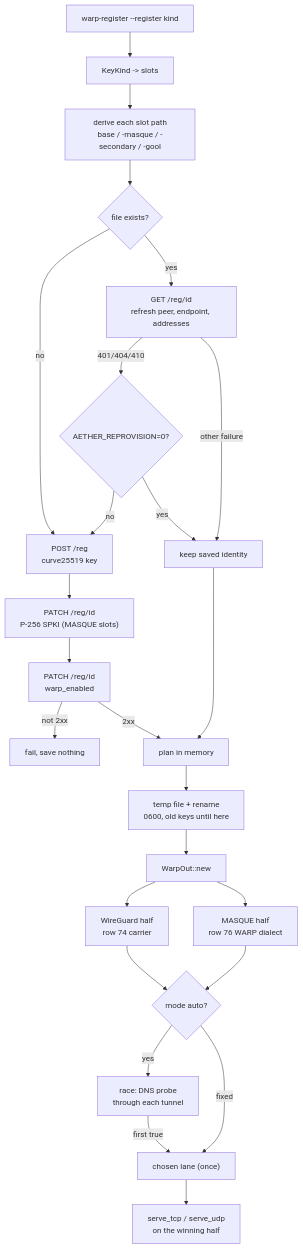
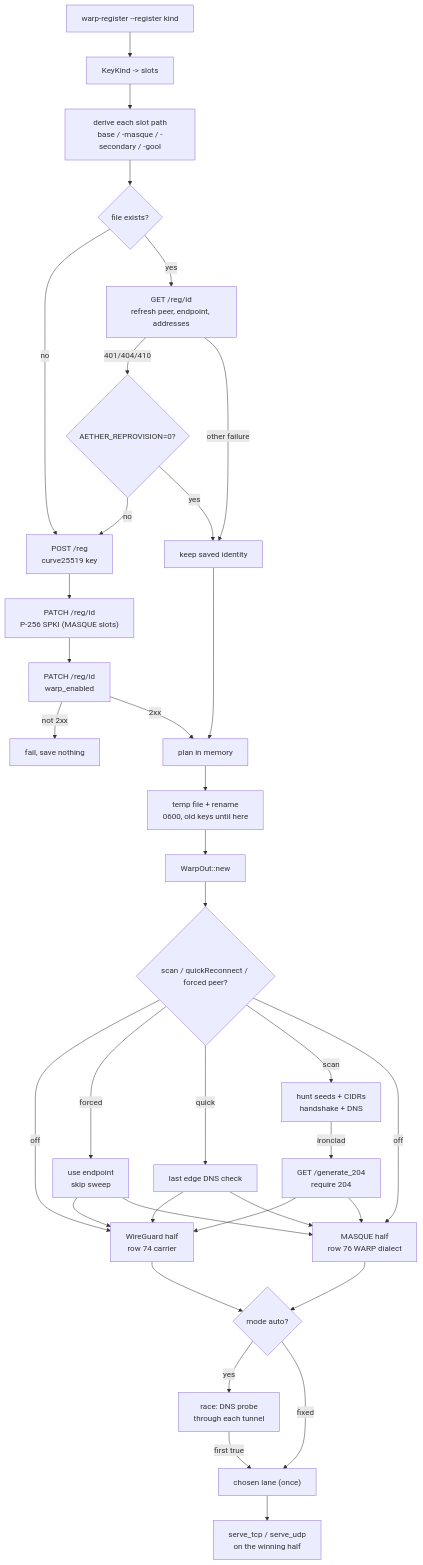
One commit to Ferrocite/ferrox changed the diagram in docs/function/warp.md. Above: the diagram before and after it, drawn with Mermaid. The commit also changed other lines of this file and 6 other files, not shown here.

Commit message:
warp: discover and validate edges with a bounded sweep

````diff
--- a/docs/function/warp.md
+++ b/docs/function/warp.md
@@ -39,26 +54,34 @@
 ```mermaid
 graph TD
     A["warp-register --register kind"] --> B["KeyKind -> slots"]
     B --> C["derive each slot path<br/>base / -masque / -secondary / -gool"]
     C --> D{"file exists?"}
     D -- no --> E["POST /reg<br/>curve25519 key"]
     D -- yes --> F["GET /reg/id<br/>refresh peer, endpoint, addresses"]
     F -- "401/404/410" --> G{"AETHER_REPROVISION=0?"}
     G -- no --> E
     G -- yes --> H["keep saved identity"]
     F -- other failure --> H
     E --> I["PATCH /reg/id<br/>P-256 SPKI (MASQUE slots)"]
     I --> J["PATCH /reg/id<br/>warp_enabled"]
     J -- "not 2xx" --> X["fail, save nothing"]
     J -- 2xx --> K["plan in memory"]
     H --> K
     K --> L["temp file + rename<br/>0600, old keys until here"]
     L --> M["WarpOut::new"]
-    M --> N["WireGuard half<br/>row 74 carrier"]
-    M --> O["MASQUE half<br/>row 76 WARP dialect"]
-    N & O --> P{"mode auto?"}
+    M --> D0{"scan / quickReconnect / forced peer?"}
+    D0 -- "off" --> N["WireGuard half<br/>row 74 carrier"]
+    D0 -- "forced" --> D1["use endpoint<br/>skip sweep"]
+    D0 -- "quick" --> D2["last edge DNS check"]
+    D0 -- "scan" --> D3["hunt seeds + CIDRs<br/>handshake + DNS"]
+    D3 -- "ironclad" --> D4["GET /generate_204<br/>require 204"]
+    D1 & D2 & D4 --> N
+    D0 -- "off" --> O["MASQUE half<br/>row 76 WARP dialect"]
+    D1 & D2 & D4 --> O
+    N --> P{"mode auto?"}
+    O --> P
     P -- yes --> Q["race: DNS probe<br/>through each tunnel"]
     Q -- "first true" --> R["chosen lane (once)"]
     P -- "fixed" --> R
     R --> S["serve_tcp / serve_udp<br/>on the winning half"]
 ```
````
